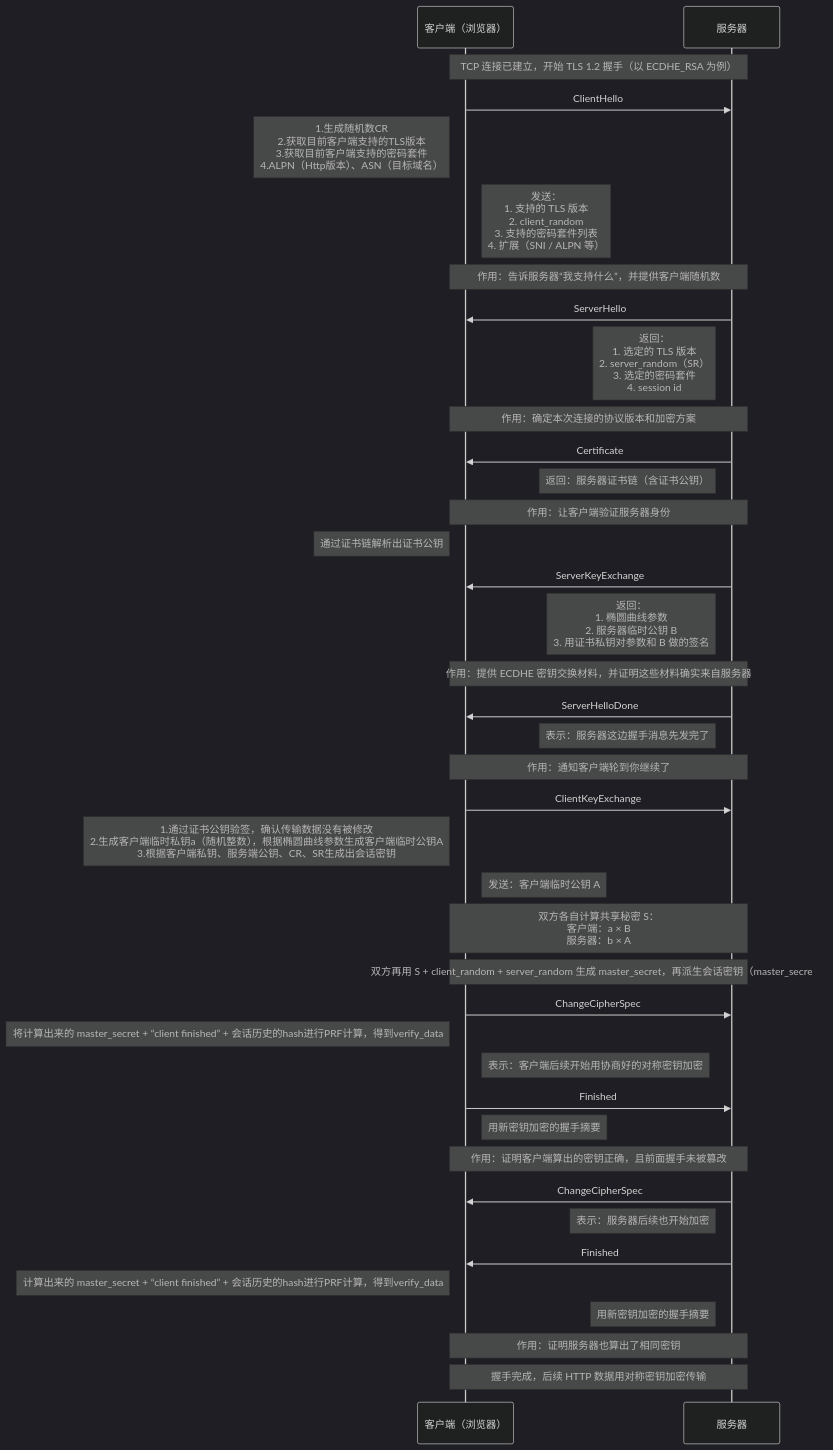
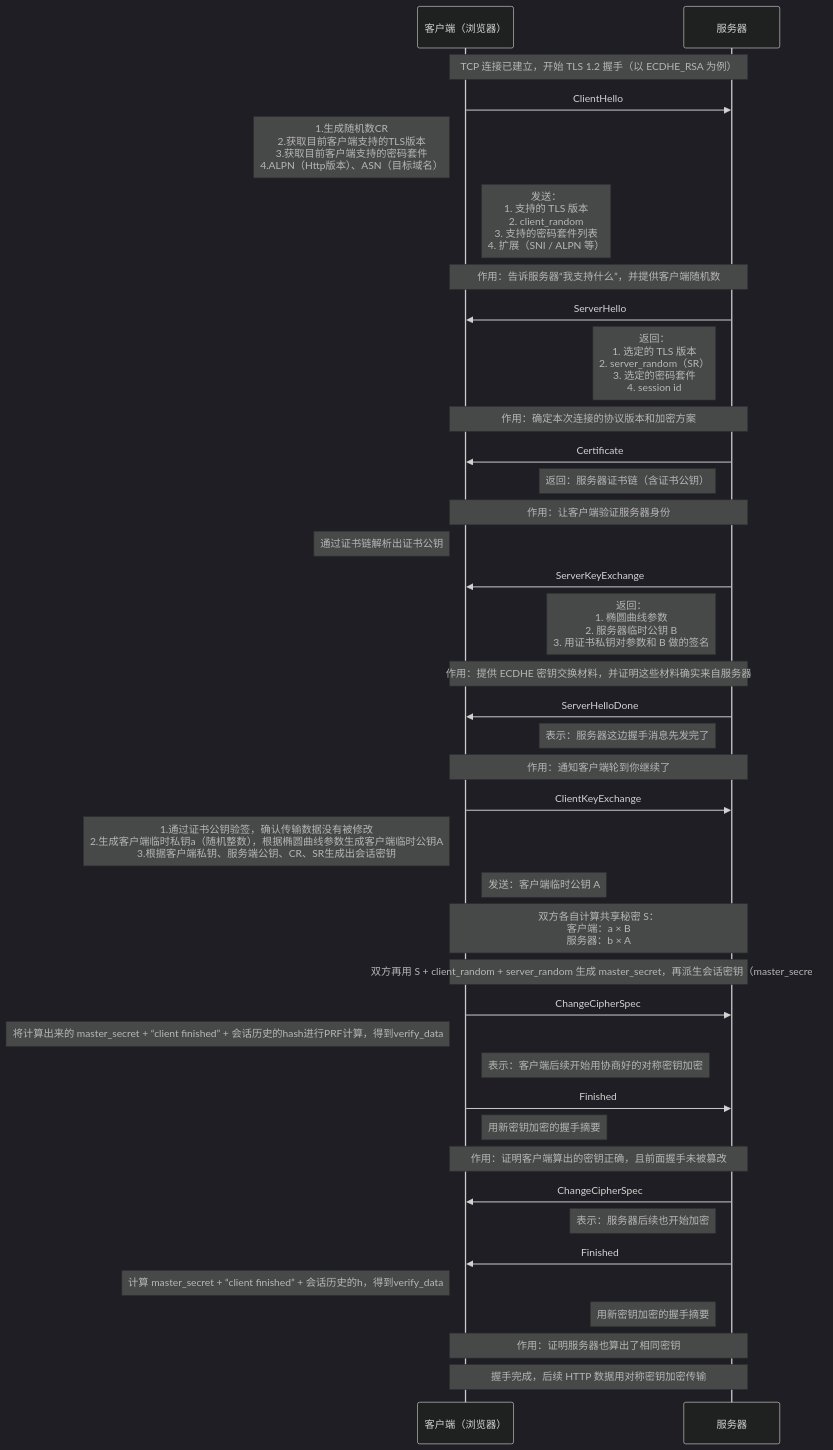
Before and after one commit to HY-10-8/iodraw-files: the diagram in all/TLS-1.2-ECDHE.md, drawn with Mermaid (dark theme).

Commit message:
2026-03-30 17:28:27 update

````diff
--- a/all/TLS-1.2-ECDHE.md
+++ b/all/TLS-1.2-ECDHE.md
@@ -1,54 +1,54 @@
 ```mermaid
 sequenceDiagram
     participant C as 客户端（浏览器）
     participant S as 服务器
 
     Note over C,S: TCP 连接已建立，开始 TLS 1.2 握手（以 ECDHE_RSA 为例）
 
     C->>S: ClientHello
     Note left of C: 1.生成随机数CR<br/> 2.获取目前客户端支持的TLS版本<br/> 3.获取目前客户端支持的密码套件<br/> 4.ALPN（Http版本）、ASN（目标域名）
     Note right of C: 发送：<br/>1. 支持的 TLS 版本<br/>2. client_random<br/>3. 支持的密码套件列表<br/>4. 扩展（SNI / ALPN 等）
     Note over C,S: 作用：告诉服务器“我支持什么”，并提供客户端随机数
 
     S->>C: ServerHello
     Note left of S: 返回：<br/>1. 选定的 TLS 版本<br/>2. server_random（SR）<br/>3. 选定的密码套件<br/>4. session id
     Note over C,S: 作用：确定本次连接的协议版本和加密方案
 
     S->>C: Certificate
     Note left of S: 返回：服务器证书链（含证书公钥）
     Note over C,S: 作用：让客户端验证服务器身份
     Note left of C: 通过证书链解析出证书公钥
 
     S->>C: ServerKeyExchange
     Note left of S: 返回：<br/>1. 椭圆曲线参数<br/>2. 服务器临时公钥 B<br/>3. 用证书私钥对参数和 B 做的签名
     Note over C,S: 作用：提供 ECDHE 密钥交换材料，并证明这些材料确实来自服务器
 
     S->>C: ServerHelloDone
     Note left of S: 表示：服务器这边握手消息先发完了
     Note over C,S: 作用：通知客户端轮到你继续了
 
     C->>S: ClientKeyExchange
     Note left of C: 1.通过证书公钥验签，确认传输数据没有被修改<br/> 2.生成客户端临时私钥a（随机整数），根据椭圆曲线参数生成客户端临时公钥A<br/> 3.根据客户端私钥、服务端公钥、CR、SR生成出会话密钥
     Note right of C: 发送：客户端临时公钥 A
     Note over C,S: 双方各自计算共享秘密 S：<br/>客户端：a × B<br/>服务器：b × A
 
     Note over C,S: 双方再用 S + client_random + server_random 生成 master_secret，再派生会话密钥（master_secret）
 
     C->>S: ChangeCipherSpec
     Note left of C: 将计算出来的 master_secret + “client finished” + 会话历史的hash进行PRF计算，得到verify_data
     Note right of C: 表示：客户端后续开始用协商好的对称密钥加密
 
     C->>S: Finished
     Note right of C: 用新密钥加密的握手摘要
     Note over C,S: 作用：证明客户端算出的密钥正确，且前面握手未被篡改
 
     S->>C: ChangeCipherSpec
     Note left of S: 表示：服务器后续也开始加密
 
     S->>C: Finished
-    Note left of C: 计算出来的 master_secret + “client finished” + 会话历史的hash进行PRF计算，得到verify_data
+    Note left of C: 计算 master_secret + “client finished” + 会话历史的h，得到verify_data
     Note left of S: 用新密钥加密的握手摘要
     Note over C,S: 作用：证明服务器也算出了相同密钥
 
     Note over C,S: 握手完成，后续 HTTP 数据用对称密钥加密传输
 ```
````
